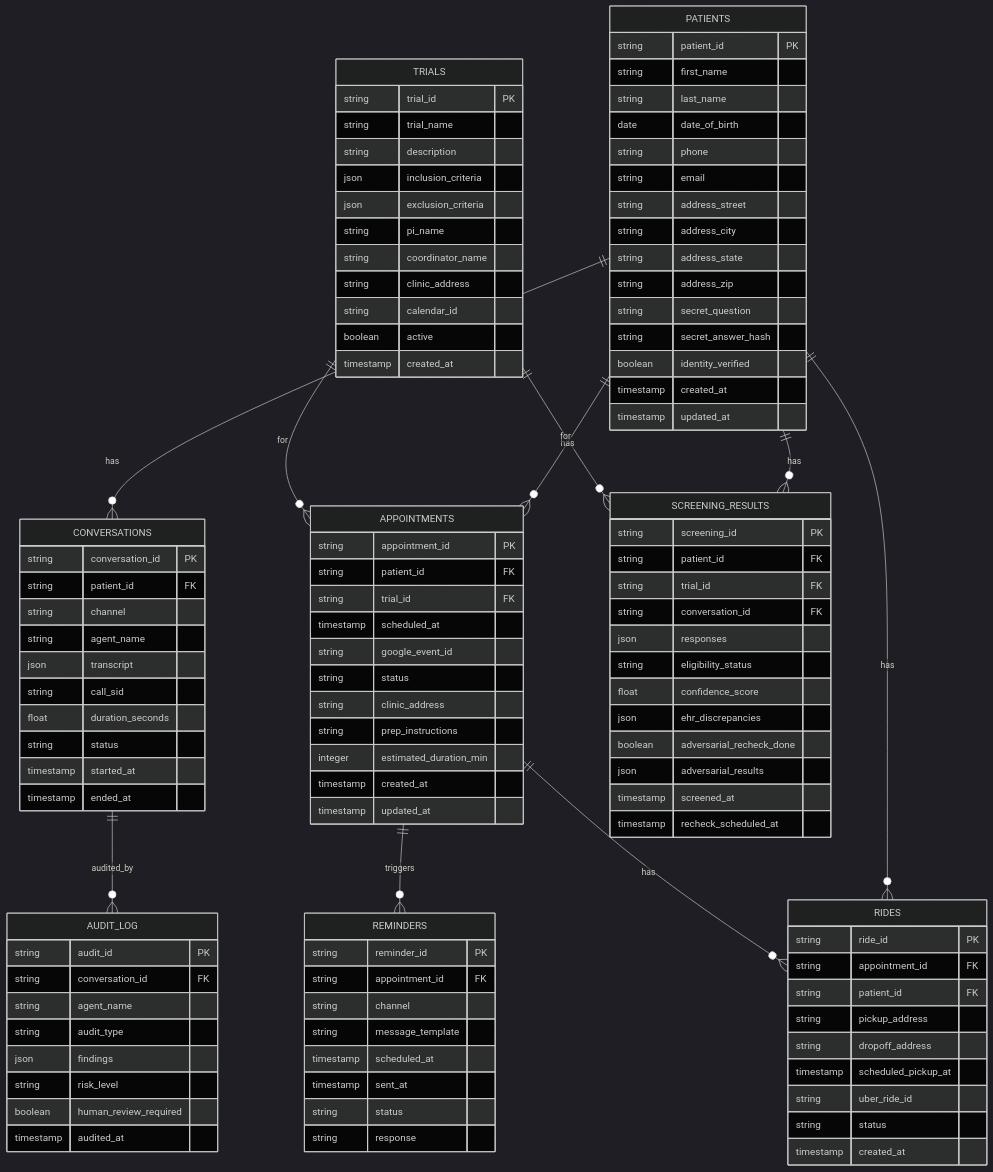
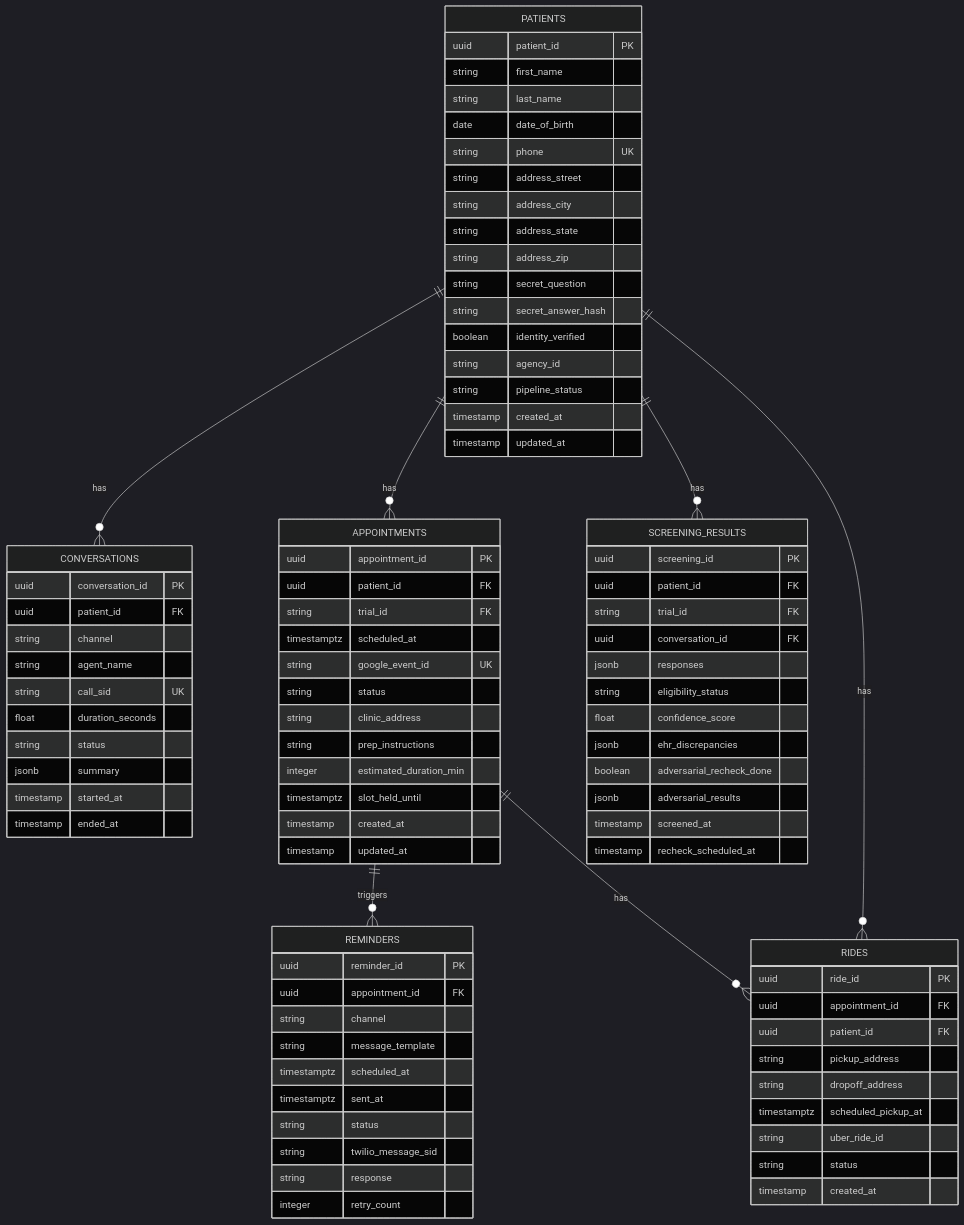
Before and after one commit to wilsonwolf/ask_mary: the seventh of 10 diagrams in local_docs/ask_mary_plan.md, drawn with Mermaid (dark theme). The commit also changed other lines of this file and 1 other file, not shown here.

First line of the commit message:
docs: add agent dev workflow plan, update architecture for hybrid data layer and GCP

````diff
--- a/local_docs/ask_mary_plan.md
+++ b/local_docs/ask_mary_plan.md
@@ -577,19 +649,15 @@
     PATIENTS ||--o{ APPOINTMENTS : has
     PATIENTS ||--o{ SCREENING_RESULTS : has
     PATIENTS ||--o{ RIDES : has
-    TRIALS ||--o{ SCREENING_RESULTS : for
-    TRIALS ||--o{ APPOINTMENTS : for
     APPOINTMENTS ||--o{ REMINDERS : triggers
     APPOINTMENTS ||--o{ RIDES : has
-    CONVERSATIONS ||--o{ AUDIT_LOG : audited_by
 
     PATIENTS {
-        string patient_id PK
+        uuid patient_id PK
         string first_name
         string last_name
         date date_of_birth
-        string phone
-        string email
+        string phone UK
         string address_street
         string address_city
         string address_state
@@ -597,97 +665,77 @@
         string secret_question
         string secret_answer_hash
         boolean identity_verified
+        string agency_id
+        string pipeline_status
         timestamp created_at
         timestamp updated_at
     }
 
-    TRIALS {
-        string trial_id PK
-        string trial_name
-        string description
-        json inclusion_criteria
-        json exclusion_criteria
-        string pi_name
-        string coordinator_name
-        string clinic_address
-        string calendar_id
-        boolean active
-        timestamp created_at
-    }
-
     SCREENING_RESULTS {
-        string screening_id PK
-        string patient_id FK
+        uuid screening_id PK
+        uuid patient_id FK
         string trial_id FK
-        string conversation_id FK
-        json responses
+        uuid conversation_id FK
+        jsonb responses
         string eligibility_status
         float confidence_score
-        json ehr_discrepancies
+        jsonb ehr_discrepancies
         boolean adversarial_recheck_done
-        json adversarial_results
+        jsonb adversarial_results
         timestamp screened_at
         timestamp recheck_scheduled_at
     }
 
     APPOINTMENTS {
-        string appointment_id PK
-        string patient_id FK
+        uuid appointment_id PK
+        uuid patient_id FK
         string trial_id FK
-        timestamp scheduled_at
-        string google_event_id
+        timestamptz scheduled_at
+        string google_event_id UK
         string status
         string clinic_address
         string prep_instructions
         integer estimated_duration_min
+        timestamptz slot_held_until
         timestamp created_at
         timestamp updated_at
     }
 
     RIDES {
-        string ride_id PK
-        string appointment_id FK
-        string patient_id FK
+        uuid ride_id PK
+        uuid appointment_id FK
+        uuid patient_id FK
         string pickup_address
         string dropoff_address
-        timestamp scheduled_pickup_at
+        timestamptz scheduled_pickup_at
         string uber_ride_id
         string status
         timestamp created_at
     }
 
     CONVERSATIONS {
-        string conversation_id PK
-        string patient_id FK
+        uuid conversation_id PK
+        uuid patient_id FK
         string channel
         string agent_name
-        json transcript
-        string call_sid
+        string call_sid UK
         float duration_seconds
         string status
+        jsonb summary
         timestamp started_at
         timestamp ended_at
     }
 
     REMINDERS {
-        string reminder_id PK
-        string appointment_id FK
+        uuid reminder_id PK
+        uuid appointment_id FK
         string channel
         string message_template
-        timestamp scheduled_at
-        timestamp sent_at
+        timestamptz scheduled_at
+        timestamptz sent_at
         string status
+        string twilio_message_sid
         string response
-    }
-
-    AUDIT_LOG {
-        string audit_id PK
-        string conversation_id FK
-        string agent_name
-        string audit_type
-        json findings
-        string risk_level
-        boolean human_review_required
-        timestamp audited_at
+        integer retry_count
     }
 ```
````
